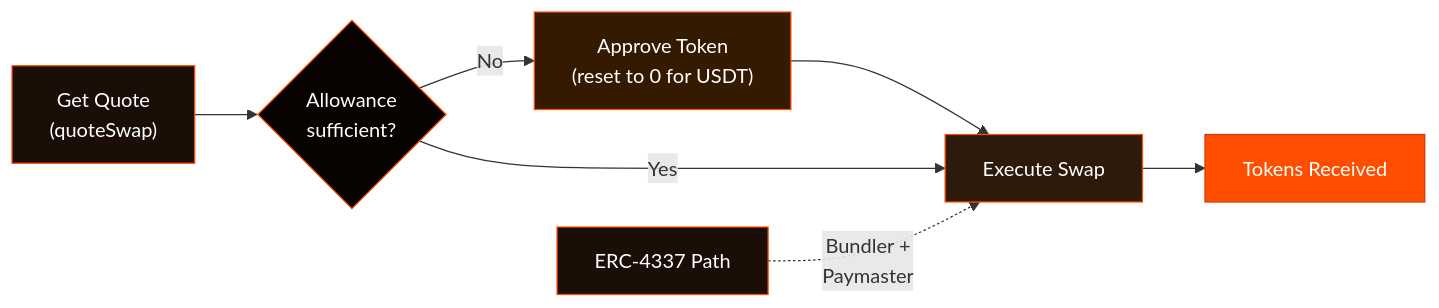
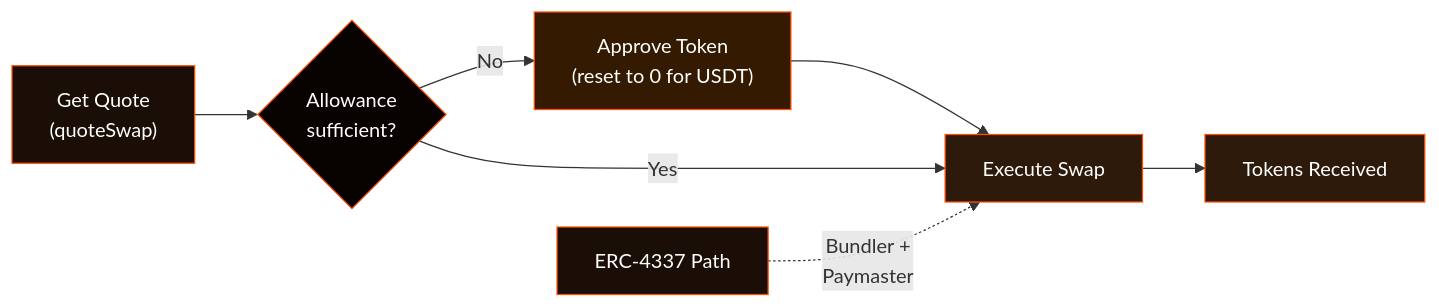
The diagram in sdk/swap-modules/swap-velora-evm/README.md (gatteo/wdk-docs), drawn with Mermaid before and after one commit. The commit also changed 16 other files, not shown here.

Commit message:
docs: replace all primary orange backgrounds with dark tones in diagrams

````diff
--- a/sdk/swap-modules/swap-velora-evm/README.md
+++ b/sdk/swap-modules/swap-velora-evm/README.md
@@ -24,17 +24,17 @@
 ```mermaid
 flowchart LR
     A["Get Quote\n(quoteSwap)"] --> B{"Allowance\nsufficient?"}
     B -->|No| C["Approve Token\n(reset to 0 for USDT)"]
     C --> D["Execute Swap"]
     B -->|Yes| D
     D --> E["Tokens Received"]
 
     D2["ERC-4337 Path"] -.->|"Bundler +\nPaymaster"| D
 
     style A fill:#1a0e06,stroke:#FF4E00,color:#fff
     style B fill:#080201,stroke:#FF4E00,color:#fff
     style C fill:#331a00,stroke:#FF4E00,color:#fff
     style D fill:#2d1a0a,stroke:#FF4E00,color:#fff
-    style E fill:#FF4E00,stroke:#cc3e00,color:#fff
+    style E fill:#2d1a0a,stroke:#FF4E00,color:#fff
     style D2 fill:#1a0e06,stroke:#FF4E00,color:#fff
 ```
````
